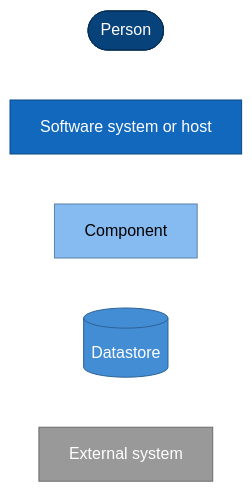
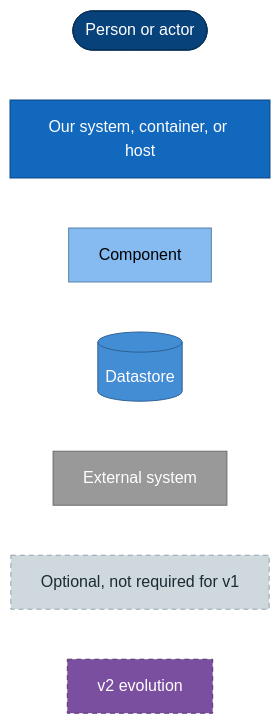
Before and after one commit to namphuongtran/nami: the diagram in docs/architecture/README.md, drawn with Mermaid. The commit also changed other lines of this file and 6 other files, not shown here.

````diff
--- a/docs/architecture/README.md
+++ b/docs/architecture/README.md
@@ -97,13 +95,18 @@
 ```mermaid
 graph LR
-  P([Person]):::person
-  S[Software system or host]:::host
+  P([Person or actor]):::person
+  H[Our system, container, or host]:::host
   C[Component]:::comp
   D[(Datastore)]:::store
-  E[External system]:::ext
+  X[External system]:::ext
+  O[Optional, not required for v1]:::optional
+  V[v2 evolution]:::v2
+
   classDef person fill:#08427b,stroke:#052e56,color:#ffffff
   classDef host fill:#1168bd,stroke:#0b4884,color:#ffffff
   classDef comp fill:#85bbf0,stroke:#5d82a8,color:#000000
   classDef store fill:#438dd5,stroke:#2e6295,color:#ffffff
   classDef ext fill:#999999,stroke:#6b6b6b,color:#ffffff
+  classDef v2 fill:#7b4fa0,stroke:#54356f,color:#ffffff,stroke-dasharray:5 4
+  classDef optional fill:#cfd8dc,stroke:#90a4ae,color:#1a2b34,stroke-dasharray:5 4
 ```
````
